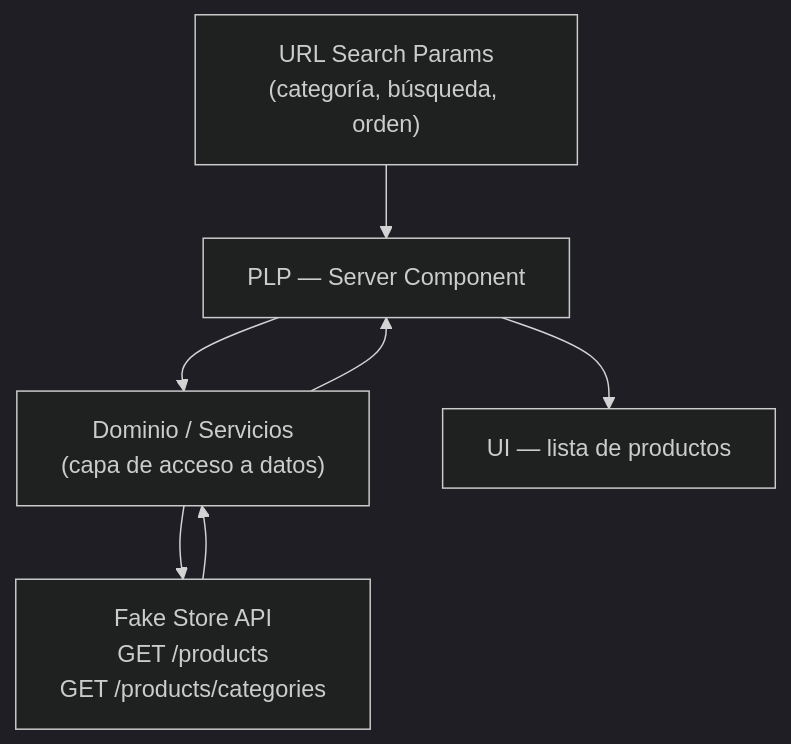
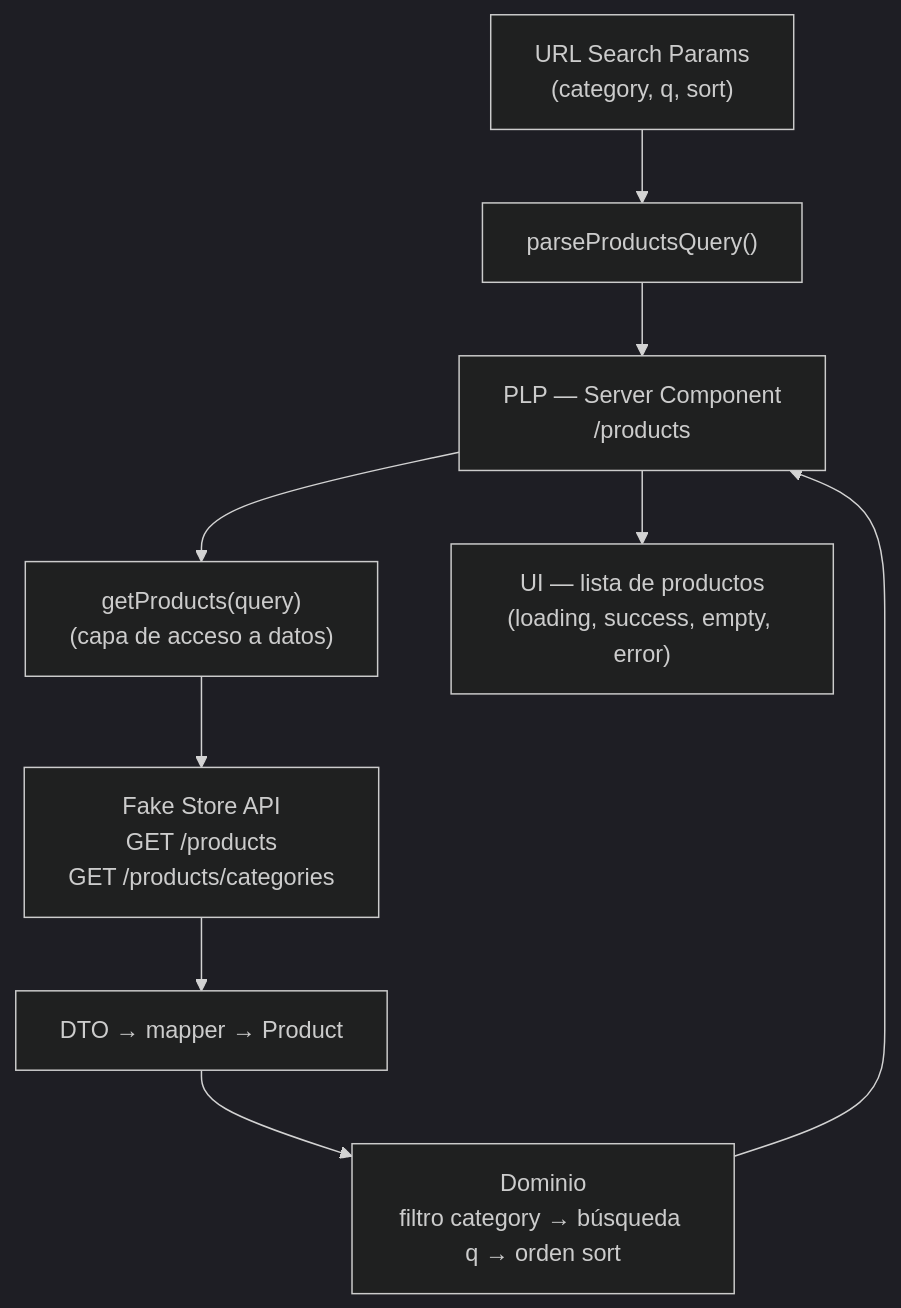
One commit to nickcoga/delosi-ecommerce changed the second of 3 diagrams in docs/ARCHITECTURE.md. Above: the diagram before and after it, drawn with Mermaid (dark theme). The commit also changed other lines of this file and 3 other files, not shown here.

Commit message:
docs: define PLP contract and architecture

````diff
--- a/docs/ARCHITECTURE.md
+++ b/docs/ARCHITECTURE.md
@@ -185,9 +329,11 @@
 ```mermaid
 flowchart TD
-    URLParams["URL Search Params\n(categoría, búsqueda, orden)"] --> PLPServer["PLP — Server Component"]
-    PLPServer --> Domain["Dominio / Servicios\n(capa de acceso a datos)"]
-    Domain --> FakeStoreAPI["Fake Store API\nGET /products\nGET /products/categories"]
-    FakeStoreAPI --> Domain
+    URLParams["URL Search Params\n(category, q, sort)"] --> Parser["parseProductsQuery()"]
+    Parser --> PLPServer["PLP — Server Component\n/products"]
+    PLPServer --> GetProducts["getProducts(query)\n(capa de acceso a datos)"]
+    GetProducts --> FakeStoreAPI["Fake Store API\nGET /products\nGET /products/categories"]
+    FakeStoreAPI --> Mapper["DTO → mapper → Product"]
+    Mapper --> Domain["Dominio\nfiltro category → búsqueda q → orden sort"]
     Domain --> PLPServer
-    PLPServer --> UI["UI — lista de productos"]
+    PLPServer --> UI["UI — lista de productos\n(loading, success, empty, error)"]
 ```
````
